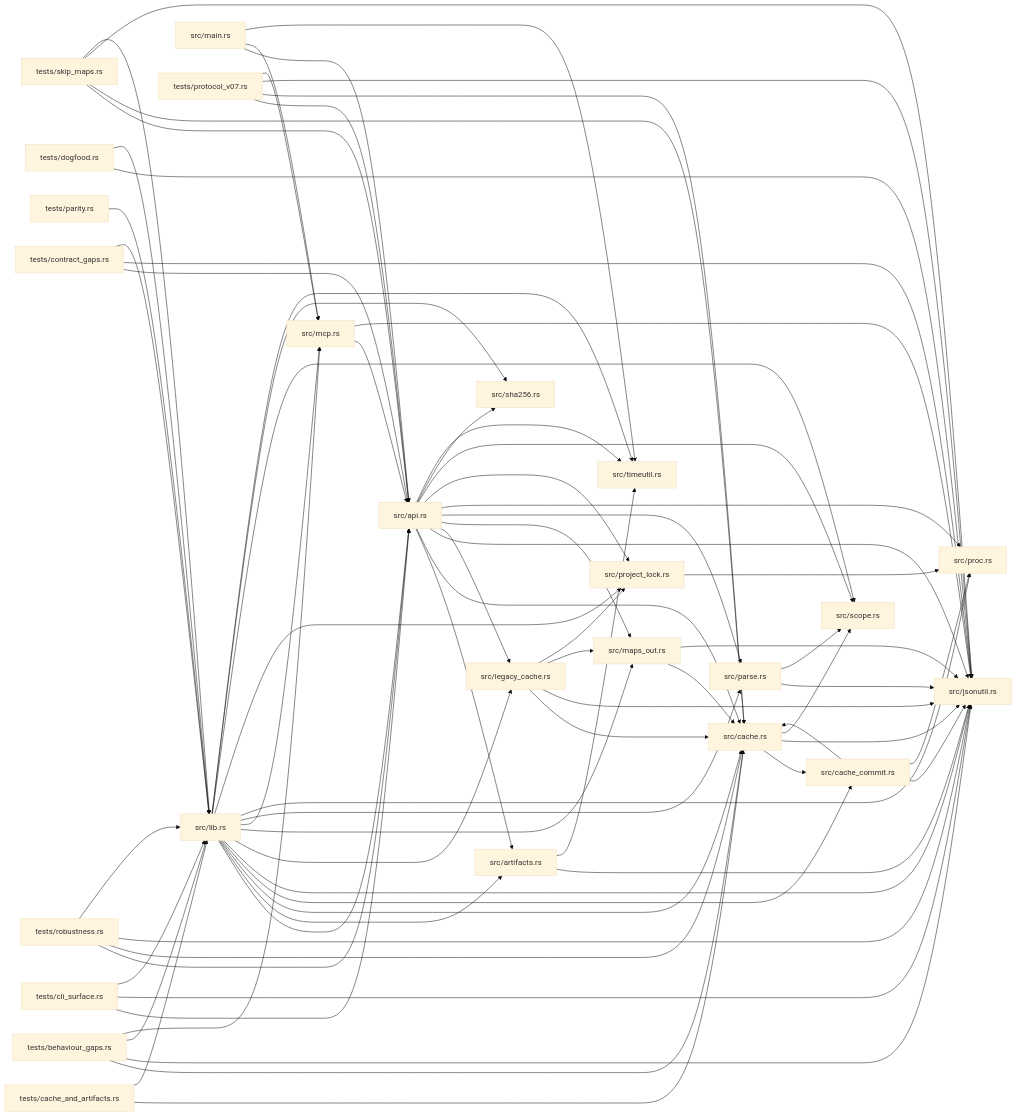
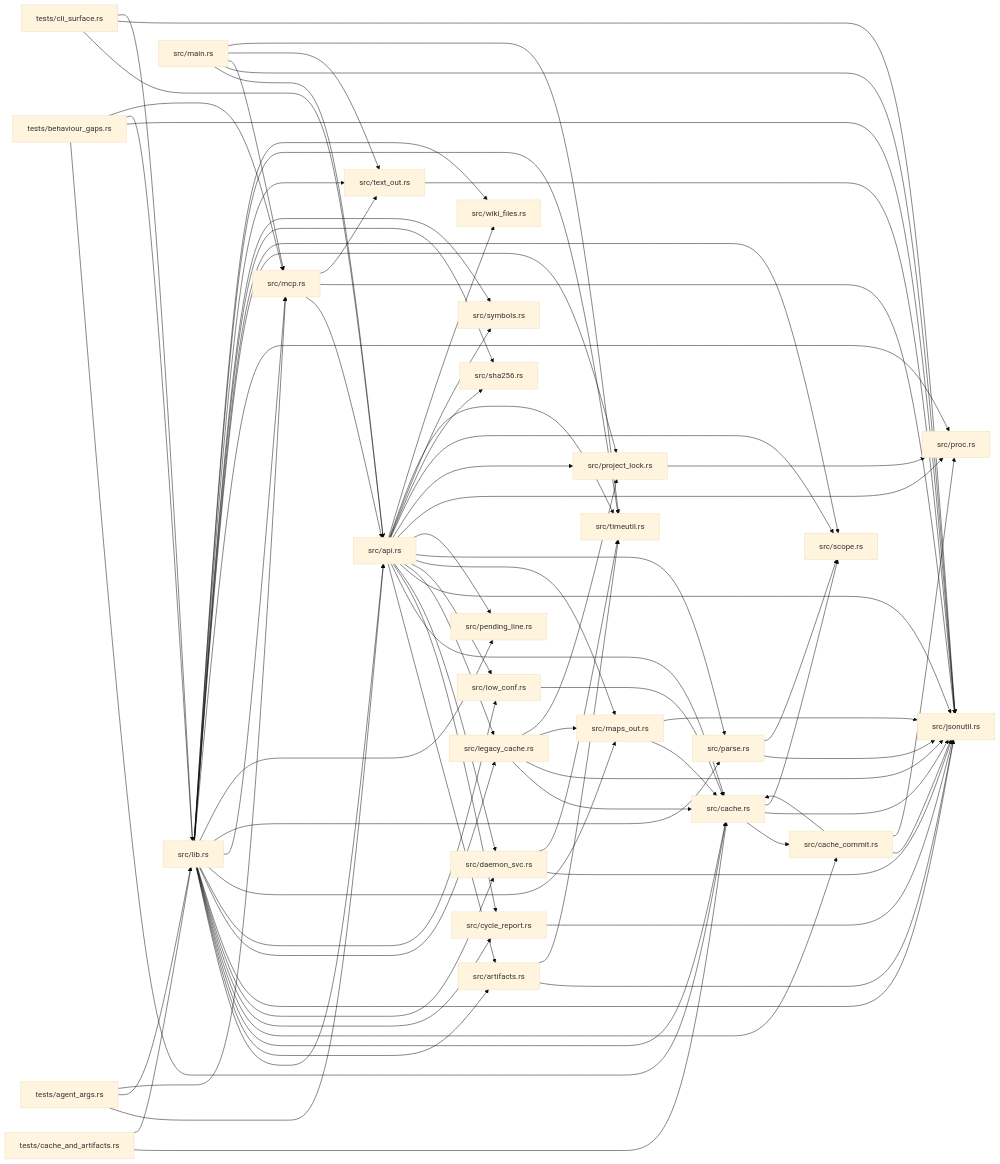
One commit to IronAdamant/wikifier changed the diagram in library.md. Above: the diagram before and after it, drawn with Mermaid (base theme). The commit also changed other lines of this file and 4 other files, not shown here.

First line of the commit message:
Dogfood: record this branch's changes in the repo's own wiki state.

````diff
--- a/library.md
+++ b/library.md
@@ -40,76 +49,82 @@
 flowchart LR
   n0["src/api.rs"] --> n1["src/artifacts.rs"]
   n0["src/api.rs"] --> n2["src/cache.rs"]
-  n0["src/api.rs"] --> n3["src/jsonutil.rs"]
-  n0["src/api.rs"] --> n4["src/legacy_cache.rs"]
-  n0["src/api.rs"] --> n5["src/maps_out.rs"]
-  n0["src/api.rs"] --> n6["src/parse.rs"]
-  n0["src/api.rs"] --> n7["src/proc.rs"]
-  n0["src/api.rs"] --> n8["src/project_lock.rs"]
-  n0["src/api.rs"] --> n9["src/scope.rs"]
-  n0["src/api.rs"] --> n10["src/sha256.rs"]
-  n0["src/api.rs"] --> n11["src/timeutil.rs"]
-  n1["src/artifacts.rs"] --> n3["src/jsonutil.rs"]
-  n1["src/artifacts.rs"] --> n11["src/timeutil.rs"]
-  n2["src/cache.rs"] --> n12["src/cache_commit.rs"]
-  n2["src/cache.rs"] --> n3["src/jsonutil.rs"]
-  n2["src/cache.rs"] --> n9["src/scope.rs"]
-  n12["src/cache_commit.rs"] --> n2["src/cache.rs"]
-  n12["src/cache_commit.rs"] --> n3["src/jsonutil.rs"]
-  n12["src/cache_commit.rs"] --> n7["src/proc.rs"]
-  n4["src/legacy_cache.rs"] --> n2["src/cache.rs"]
-  n4["src/legacy_cache.rs"] --> n3["src/jsonutil.rs"]
-  n4["src/legacy_cache.rs"] --> n5["src/maps_out.rs"]
-  n4["src/legacy_cache.rs"] --> n8["src/project_lock.rs"]
-  n13["src/lib.rs"] --> n0["src/api.rs"]
-  n13["src/lib.rs"] --> n1["src/artifacts.rs"]
-  n13["src/lib.rs"] --> n2["src/cache.rs"]
-  n13["src/lib.rs"] --> n12["src/cache_commit.rs"]
-  n13["src/lib.rs"] --> n3["src/jsonutil.rs"]
-  n13["src/lib.rs"] --> n4["src/legacy_cache.rs"]
-  n13["src/lib.rs"] --> n5["src/maps_out.rs"]
-  n13["src/lib.rs"] --> n14["src/mcp.rs"]
-  n13["src/lib.rs"] --> n6["src/parse.rs"]
-  n13["src/lib.rs"] --> n7["src/proc.rs"]
-  n13["src/lib.rs"] --> n8["src/project_lock.rs"]
-  n13["src/lib.rs"] --> n9["src/scope.rs"]
-  n13["src/lib.rs"] --> n10["src/sha256.rs"]
-  n13["src/lib.rs"] --> n11["src/timeutil.rs"]
-  n15["src/main.rs"] --> n0["src/api.rs"]
-  n15["src/main.rs"] --> n14["src/mcp.rs"]
-  n15["src/main.rs"] --> n11["src/timeutil.rs"]
-  n5["src/maps_out.rs"] --> n2["src/cache.rs"]
-  n5["src/maps_out.rs"] --> n3["src/jsonutil.rs"]
-  n14["src/mcp.rs"] --> n0["src/api.rs"]
-  n14["src/mcp.rs"] --> n3["src/jsonutil.rs"]
-  n6["src/parse.rs"] --> n3["src/jsonutil.rs"]
-  n6["src/parse.rs"] --> n9["src/scope.rs"]
-  n8["src/project_lock.rs"] --> n7["src/proc.rs"]
-  n16["tests/behaviour_gaps.rs"] --> n2["src/cache.rs"]
-  n16["tests/behaviour_gaps.rs"] --> n3["src/jsonutil.rs"]
-  n16["tests/behaviour_gaps.rs"] --> n13["src/lib.rs"]
-  n16["tests/behaviour_gaps.rs"] --> n14["src/mcp.rs"]
-  n17["tests/cache_and_artifacts.rs"] --> n2["src/cache.rs"]
-  n17["tests/cache_and_artifacts.rs"] --> n13["src/lib.rs"]
-  n18["tests/cli_surface.rs"] --> n0["src/api.rs"]
-  n18["tests/cli_surface.rs"] --> n3["src/jsonutil.rs"]
-  n18["tests/cli_surface.rs"] --> n13["src/lib.rs"]
-  n19["tests/contract_gaps.rs"] --> n0["src/api.rs"]
-  n19["tests/contract_gaps.rs"] --> n3["src/jsonutil.rs"]
-  n19["tests/contract_gaps.rs"] --> n13["src/lib.rs"]
-  n20["tests/dogfood.rs"] --> n3["src/jsonutil.rs"]
-  n20["tests/dogfood.rs"] --> n13["src/lib.rs"]
-  n21["tests/parity.rs"] --> n13["src/lib.rs"]
-  n22["tests/protocol_v07.rs"] --> n0["src/api.rs"]
-  n22["tests/protocol_v07.rs"] --> n2["src/cache.rs"]
-  n22["tests/protocol_v07.rs"] --> n3["src/jsonutil.rs"]
-  n22["tests/protocol_v07.rs"] --> n14["src/mcp.rs"]
-  n23["tests/robustness.rs"] --> n0["src/api.rs"]
-  n23["tests/robustness.rs"] --> n2["src/cache.rs"]
-  n23["tests/robustness.rs"] --> n3["src/jsonutil.rs"]
-  n23["tests/robustness.rs"] --> n13["src/lib.rs"]
-  n24["tests/skip_maps.rs"] --> n0["src/api.rs"]
-  n24["tests/skip_maps.rs"] --> n2["src/cache.rs"]
-  n24["tests/skip_maps.rs"] --> n3["src/jsonutil.rs"]
-  n24["tests/skip_maps.rs"] --> n13["src/lib.rs"]
+  n0["src/api.rs"] --> n3["src/cycle_report.rs"]
+  n0["src/api.rs"] --> n4["src/daemon_svc.rs"]
+  n0["src/api.rs"] --> n5["src/jsonutil.rs"]
+  n0["src/api.rs"] --> n6["src/legacy_cache.rs"]
+  n0["src/api.rs"] --> n7["src/low_conf.rs"]
+  n0["src/api.rs"] --> n8["src/maps_out.rs"]
+  n0["src/api.rs"] --> n9["src/parse.rs"]
+  n0["src/api.rs"] --> n10["src/pending_line.rs"]
+  n0["src/api.rs"] --> n11["src/proc.rs"]
+  n0["src/api.rs"] --> n12["src/project_lock.rs"]
+  n0["src/api.rs"] --> n13["src/scope.rs"]
+  n0["src/api.rs"] --> n14["src/sha256.rs"]
+  n0["src/api.rs"] --> n15["src/symbols.rs"]
+  n0["src/api.rs"] --> n16["src/timeutil.rs"]
+  n0["src/api.rs"] --> n17["src/wiki_files.rs"]
+  n1["src/artifacts.rs"] --> n5["src/jsonutil.rs"]
+  n1["src/artifacts.rs"] --> n16["src/timeutil.rs"]
+  n2["src/cache.rs"] --> n18["src/cache_commit.rs"]
+  n2["src/cache.rs"] --> n5["src/jsonutil.rs"]
+  n2["src/cache.rs"] --> n13["src/scope.rs"]
+  n18["src/cache_commit.rs"] --> n2["src/cache.rs"]
+  n18["src/cache_commit.rs"] --> n5["src/jsonutil.rs"]
+  n18["src/cache_commit.rs"] --> n11["src/proc.rs"]
+  n3["src/cycle_report.rs"] --> n5["src/jsonutil.rs"]
+  n4["src/daemon_svc.rs"] --> n5["src/jsonutil.rs"]
+  n4["src/daemon_svc.rs"] --> n16["src/timeutil.rs"]
+  n6["src/legacy_cache.rs"] --> n2["src/cache.rs"]
+  n6["src/legacy_cache.rs"] --> n5["src/jsonutil.rs"]
+  n6["src/legacy_cache.rs"] --> n8["src/maps_out.rs"]
+  n6["src/legacy_cache.rs"] --> n12["src/project_lock.rs"]
+  n19["src/lib.rs"] --> n0["src/api.rs"]
+  n19["src/lib.rs"] --> n1["src/artifacts.rs"]
+  n19["src/lib.rs"] --> n2["src/cache.rs"]
+  n19["src/lib.rs"] --> n18["src/cache_commit.rs"]
+  n19["src/lib.rs"] --> n3["src/cycle_report.rs"]
+  n19["src/lib.rs"] --> n4["src/daemon_svc.rs"]
+  n19["src/lib.rs"] --> n5["src/jsonutil.rs"]
+  n19["src/lib.rs"] --> n6["src/legacy_cache.rs"]
+  n19["src/lib.rs"] --> n7["src/low_conf.rs"]
+  n19["src/lib.rs"] --> n8["src/maps_out.rs"]
+  n19["src/lib.rs"] --> n20["src/mcp.rs"]
+  n19["src/lib.rs"] --> n9["src/parse.rs"]
+  n19["src/lib.rs"] --> n10["src/pending_line.rs"]
+  n19["src/lib.rs"] --> n11["src/proc.rs"]
+  n19["src/lib.rs"] --> n12["src/project_lock.rs"]
+  n19["src/lib.rs"] --> n13["src/scope.rs"]
+  n19["src/lib.rs"] --> n14["src/sha256.rs"]
+  n19["src/lib.rs"] --> n15["src/symbols.rs"]
+  n19["src/lib.rs"] --> n21["src/text_out.rs"]
+  n19["src/lib.rs"] --> n16["src/timeutil.rs"]
+  n19["src/lib.rs"] --> n17["src/wiki_files.rs"]
+  n7["src/low_conf.rs"] --> n2["src/cache.rs"]
+  n22["src/main.rs"] --> n0["src/api.rs"]
+  n22["src/main.rs"] --> n5["src/jsonutil.rs"]
+  n22["src/main.rs"] --> n20["src/mcp.rs"]
+  n22["src/main.rs"] --> n21["src/text_out.rs"]
+  n22["src/main.rs"] --> n16["src/timeutil.rs"]
+  n8["src/maps_out.rs"] --> n2["src/cache.rs"]
+  n8["src/maps_out.rs"] --> n5["src/jsonutil.rs"]
+  n20["src/mcp.rs"] --> n0["src/api.rs"]
+  n20["src/mcp.rs"] --> n5["src/jsonutil.rs"]
+  n20["src/mcp.rs"] --> n21["src/text_out.rs"]
+  n9["src/parse.rs"] --> n5["src/jsonutil.rs"]
+  n9["src/parse.rs"] --> n13["src/scope.rs"]
+  n12["src/project_lock.rs"] --> n11["src/proc.rs"]
+  n21["src/text_out.rs"] --> n5["src/jsonutil.rs"]
+  n23["tests/agent_args.rs"] --> n0["src/api.rs"]
+  n23["tests/agent_args.rs"] --> n19["src/lib.rs"]
+  n23["tests/agent_args.rs"] --> n20["src/mcp.rs"]
+  n24["tests/behaviour_gaps.rs"] --> n2["src/cache.rs"]
+  n24["tests/behaviour_gaps.rs"] --> n5["src/jsonutil.rs"]
+  n24["tests/behaviour_gaps.rs"] --> n19["src/lib.rs"]
+  n24["tests/behaviour_gaps.rs"] --> n20["src/mcp.rs"]
+  n25["tests/cache_and_artifacts.rs"] --> n2["src/cache.rs"]
+  n25["tests/cache_and_artifacts.rs"] --> n19["src/lib.rs"]
+  n26["tests/cli_surface.rs"] --> n0["src/api.rs"]
+  n26["tests/cli_surface.rs"] --> n5["src/jsonutil.rs"]
+  n26["tests/cli_surface.rs"] --> n19["src/lib.rs"]
 ```
````
